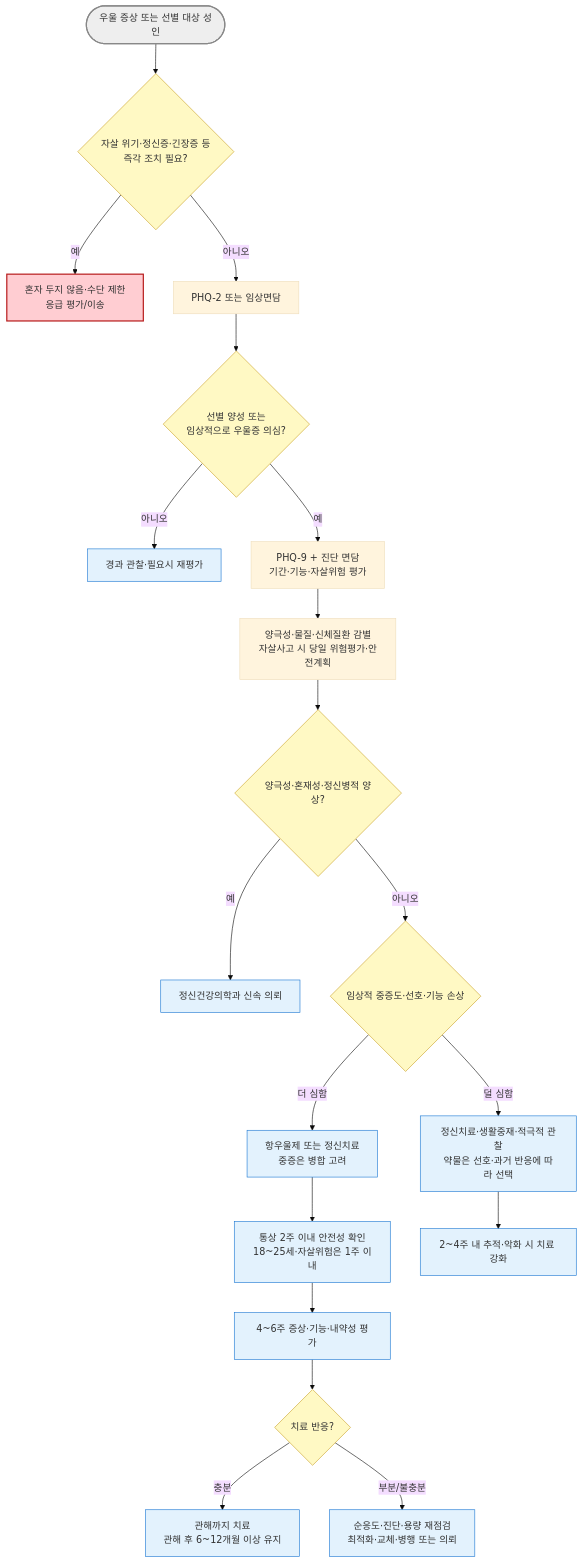
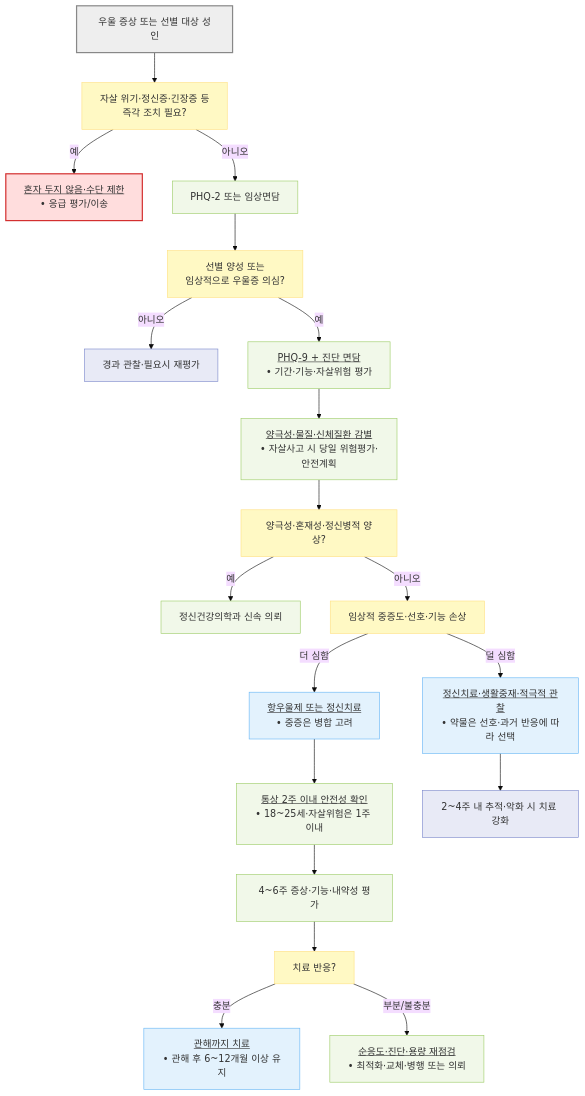
Before and after one commit to familyoh77/familyoh77: the diagram in 221_/027_-depression.md, drawn with Mermaid (base theme). The commit also changed 17 other files, not shown here.

````diff
--- a/221_/027_-depression.md
+++ b/221_/027_-depression.md
@@ -345,29 +345,34 @@
 ```mermaid
 flowchart TD
-    Start(["우울 증상 또는 선별 대상 성인"]) --> RF{"자살 위기·정신증·긴장증 등<br/>즉각 조치 필요?"}
-    RF -- "예" --> ER["혼자 두지 않음·수단 제한<br/>응급 평가/이송"]
+    Start["우울 증상 또는 선별 대상 성인"] --> RF["자살 위기·정신증·긴장증 등<br/>즉각 조치 필요?"]
+    RF -- "예" --> ER["<u>혼자 두지 않음·수단 제한</u><br/>• 응급 평가/이송"]
     RF -- "아니오" --> P2["PHQ-2 또는 임상면담"]
-    P2 --> Q{"선별 양성 또는<br/>임상적으로 우울증 의심?"}
+    P2 --> Q["선별 양성 또는<br/>임상적으로 우울증 의심?"]
     Q -- "아니오" --> Obs["경과 관찰·필요시 재평가"]
-    Q -- "예" --> Dx["PHQ-9 + 진단 면담<br/>기간·기능·자살위험 평가"]
-    Dx --> Diff["양극성·물질·신체질환 감별<br/>자살사고 시 당일 위험평가·안전계획"]
-    Diff --> Bipolar{"양극성·혼재성·정신병적 양상?"}
+    Q -- "예" --> Dx["<u>PHQ-9 + 진단 면담</u><br/>• 기간·기능·자살위험 평가"]
+    Dx --> Diff["<u>양극성·물질·신체질환 감별</u><br/>• 자살사고 시 당일 위험평가·안전계획"]
+    Diff --> Bipolar["양극성·혼재성·정신병적 양상?"]
     Bipolar -- "예" --> Ref["정신건강의학과 신속 의뢰"]
-    Bipolar -- "아니오" --> Sev{"임상적 중증도·선호·기능 손상"}
-    Sev -- "덜 심함" --> Mild["정신치료·생활중재·적극적 관찰<br/>약물은 선호·과거 반응에 따라 선택"]
-    Sev -- "더 심함" --> Mod["항우울제 또는 정신치료<br/>중증은 병합 고려"]
-    Mod --> Early["통상 2주 이내 안전성 확인<br/>18~25세·자살위험은 1주 이내"]
+    Bipolar -- "아니오" --> Sev["임상적 중증도·선호·기능 손상"]
+    Sev -- "덜 심함" --> Mild["<u>정신치료·생활중재·적극적 관찰</u><br/>• 약물은 선호·과거 반응에 따라 선택"]
+    Sev -- "더 심함" --> Mod["<u>항우울제 또는 정신치료</u><br/>• 중증은 병합 고려"]
+    Mod --> Early["<u>통상 2주 이내 안전성 확인</u><br/>• 18~25세·자살위험은 1주 이내"]
     Early --> Review["4~6주 증상·기능·내약성 평가"]
-    Review --> R{"치료 반응?"}
-    R -- "충분" --> Keep["관해까지 치료<br/>관해 후 6~12개월 이상 유지"]
-    R -- "부분/불충분" --> Adj["순응도·진단·용량 재점검<br/>최적화·교체·병행 또는 의뢰"]
+    Review --> R["치료 반응?"]
+    R -- "충분" --> Keep["<u>관해까지 치료</u><br/>• 관해 후 6~12개월 이상 유지"]
+    R -- "부분/불충분" --> Adj["<u>순응도·진단·용량 재점검</u><br/>• 최적화·교체·병행 또는 의뢰"]
     Mild --> Follow["2~4주 내 추적·악화 시 치료 강화"]
-    classDef start fill:#eee,stroke:#888,stroke-width:2px
-    classDef decision fill:#fff9c4,stroke:#c9a227
-    classDef emergency fill:#ffcdd2,stroke:#b71c1c,stroke-width:2px
-    classDef treatment fill:#e3f2fd,stroke:#1976d2
+
+    classDef start fill:#eeeeee,stroke:#888888,stroke-width:2px
+    classDef question fill:#fff9c4,stroke:#ffe082
+    classDef emergency fill:#ffdddd,stroke:#d32f2f,stroke-width:2px
+    classDef evaluation fill:#f1f8e9,stroke:#9ccc65
+    classDef treatment fill:#e3f2fd,stroke:#64b5f6
+    classDef followup fill:#e8eaf6,stroke:#7986cb
     class Start start
-    class RF,Q,Bipolar,Sev,R decision
+    class RF,Q,Bipolar,Sev,R question
     class ER emergency
-    class Obs,Ref,Mild,Mod,Early,Review,Keep,Adj,Follow treatment
+    class P2,Dx,Diff,Ref,Early,Review,Adj evaluation
+    class Mild,Mod,Keep treatment
+    class Obs,Follow followup
 ```
````
